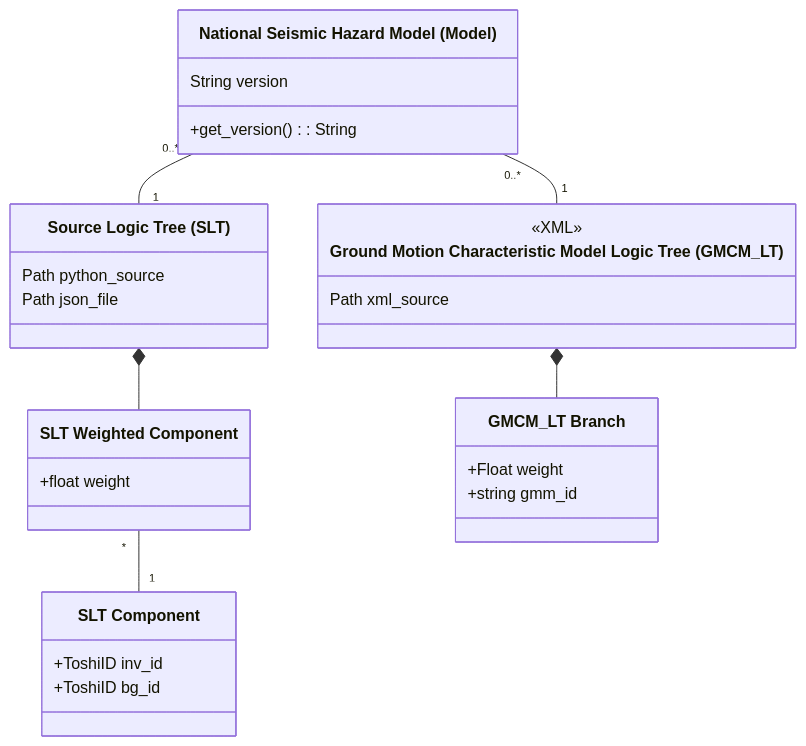
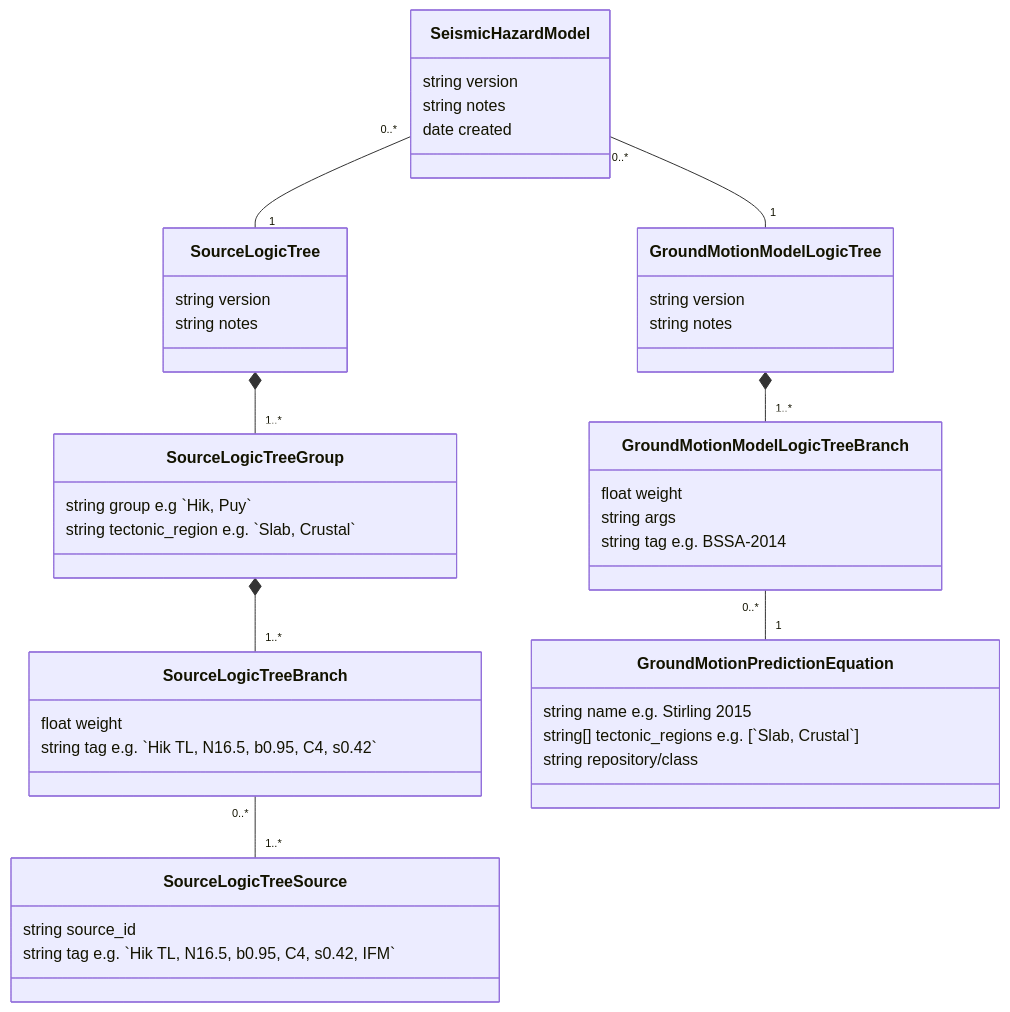
One commit to GNS-Science/nzshm-documentation changed the first of 3 diagrams in docs/science_process/relational.md. Above: the diagram before and after it, drawn with Mermaid. The commit also changed other lines of this file and 1 other file, not shown here.

Commit message:
refinements for relationship model

````diff
--- a/docs/science_process/relational.md
+++ b/docs/science_process/relational.md
@@ -5,41 +5,56 @@
 ```mermaid
 
 classDiagram
     
-    class Model["National Seismic Hazard Model (Model)"] {
-        String version
-        +get_version() : String
+    class Model["SeismicHazardModel"] {
+        string version
+        string notes        
+        date created
     }
 
-    class SLT["Source Logic Tree (SLT)"] {
-        Path python_source
-        Path json_file
+    class SLT["SourceLogicTree"] {
+        string version
+        string notes
     }
 
-    class SLTWC["SLT Weighted Component"] {
-        +float weight 
+    class SLTG["SourceLogicTreeGroup"] {
+        string group e.g `Hik, Puy`
+        string tectonic_region e.g. `Slab, Crustal`
     }
 
-
-    class SLTC["SLT Component"] {
-        +ToshiID inv_id
-        +ToshiID bg_id
+    class SLTB["SourceLogicTreeBranch"] {
+        float weight
+        string tag e.g. `Hik TL, N16.5, b0.95, C4, s0.42`
     }
 
-    class GMCM_LT["Ground Motion Characteristic Model Logic Tree (GMCM_LT)"] {
-        <<XML>>
-        Path xml_source
+    class SLTF["SourceLogicTreeSource"] {
+        string source_id
+        string tag e.g. `Hik TL, N16.5, b0.95, C4, s0.42, IFM`
     }
 
-    class GMCM_LTB["GMCM_LT Branch"] {
-        +Float weight
-        +string gmm_id
+    class GMM_LT["GroundMotionModelLogicTree"] {
+        string version
+        string notes
+    }   
+
+    class GMM_LTB["GroundMotionModelLogicTreeBranch"] {
+        float weight
+        string args
+        string tag e.g. BSSA-2014
     }
 
+    class GMPE["GroundMotionPredictionEquation"] {
+        string name e.g. Stirling 2015
+        string[] tectonic_regions e.g. [`Slab, Crustal`]
+        string repository/class
+    }
 
     Model "0..*" -- "1" SLT
-    Model "0..*" -- "1" GMCM_LT
-    SLT *-- SLTWC
-    SLTWC "*" -- "1" SLTC
-    GMCM_LT *-- GMCM_LTB 
+    Model "0..*" -- "1" GMM_LT
+    SLT *-- "1..*" SLTG
+    SLTG *-- "1..*" SLTB
+
+    SLTB "0..*" -- "1..*" SLTF
+    GMM_LT *-- "1..*" GMM_LTB 
+    GMM_LTB "0..*" --"1" GMPE
 ```
````
